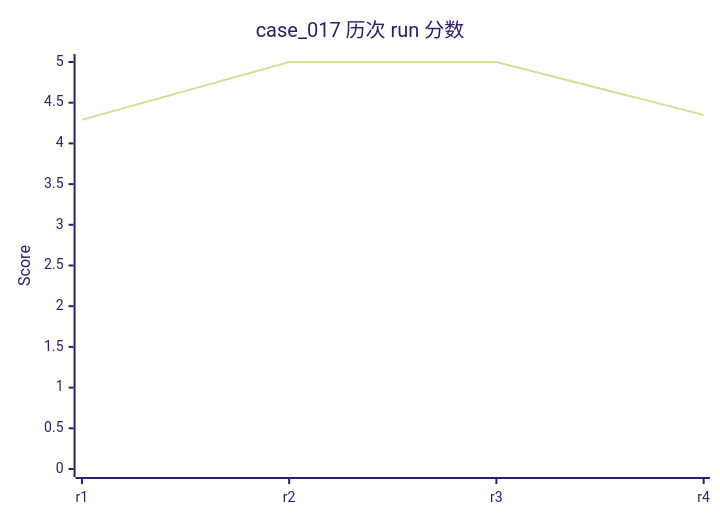
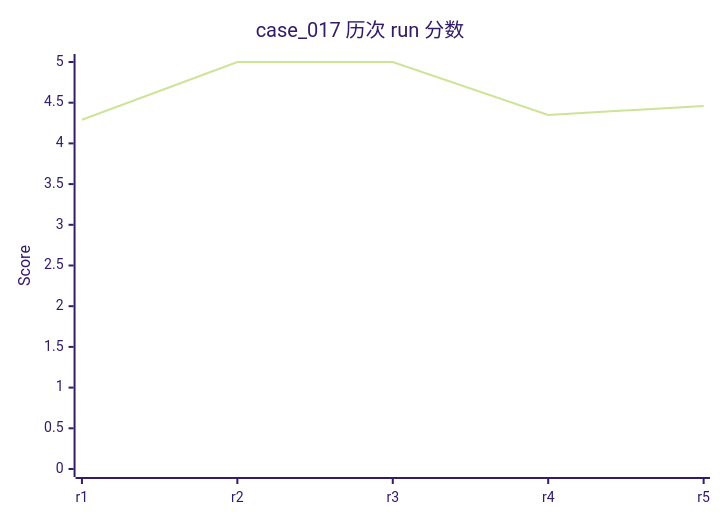
Diagram 21 of 58 in evals/DASHBOARD.md (rushengzhou/sid-code), drawn with Mermaid (forest theme) before and after one commit. The commit also changed other lines of this file and 53 other files, not shown here.

````diff
--- a/evals/DASHBOARD.md
+++ b/evals/DASHBOARD.md
@@ -478,7 +479,7 @@
 ```mermaid
 xychart-beta
     title "case_017 历次 run 分数"
-    x-axis [r1, r2, r3, r4]
+    x-axis [r1, r2, r3, r4, r5]
     y-axis "Score" 0 --> 5
-    line [4.29, 5.00, 5.00, 4.35]
+    line [4.29, 5.00, 5.00, 4.35, 4.46]
 ```
````
